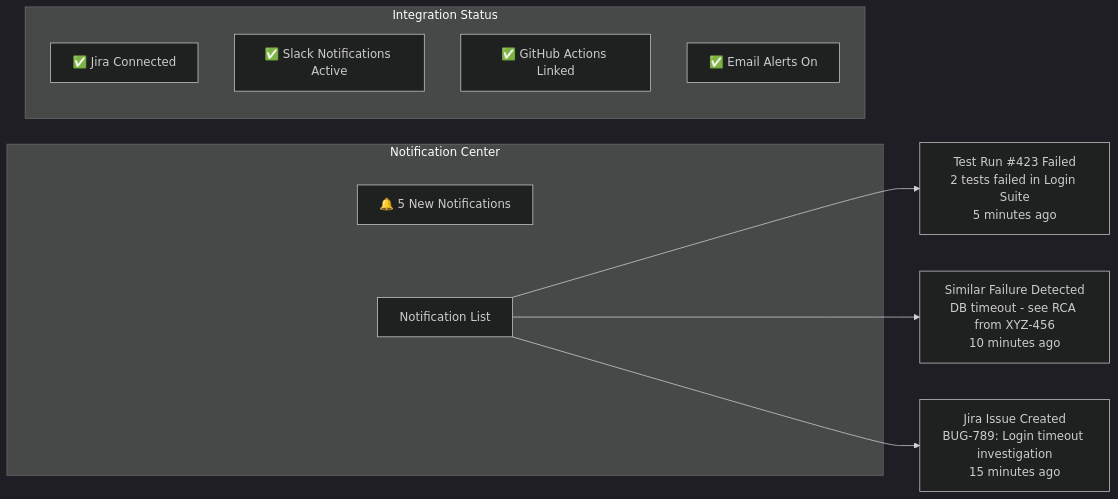
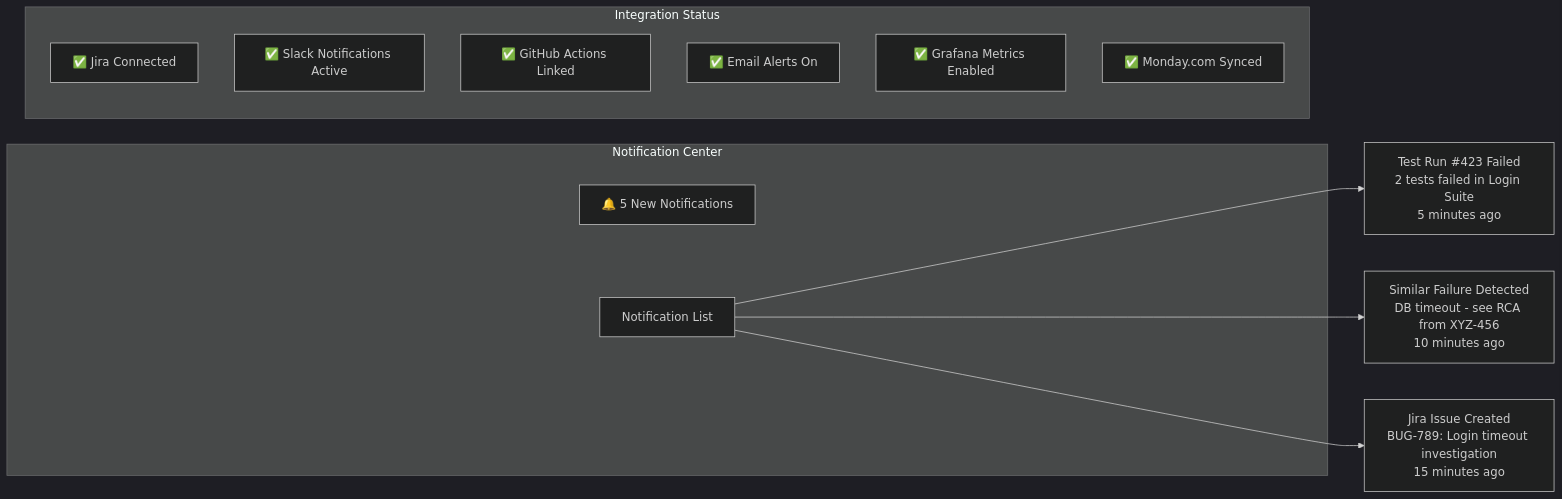
One commit to rayalon1984/testops-copilot changed the seventh of 12 diagrams in DEMO.md. Above: the diagram before and after it, drawn with Mermaid (dark theme). The commit also changed other lines of this file and 6 other files, not shown here.

````diff
--- a/DEMO.md
+++ b/DEMO.md
@@ -166,18 +166,20 @@
 ```mermaid
 graph LR
     subgraph Notifications["Notification Center"]
         Bell[🔔 5 New Notifications]
         List2[Notification List]
     end
 
     List2 --> N1["Test Run #423 Failed<br/>2 tests failed in Login Suite<br/>5 minutes ago"]
     List2 --> N2["Similar Failure Detected<br/>DB timeout - see RCA from XYZ-456<br/>10 minutes ago"]
     List2 --> N3["Jira Issue Created<br/>BUG-789: Login timeout investigation<br/>15 minutes ago"]
 
     subgraph Integrations["Integration Status"]
         Jira[✅ Jira Connected]
         Slack[✅ Slack Notifications Active]
         GitHub2[✅ GitHub Actions Linked]
         Email[✅ Email Alerts On]
+        Grafana[✅ Grafana Metrics Enabled]
+        Monday[✅ Monday.com Synced]
     end
 ```
````
